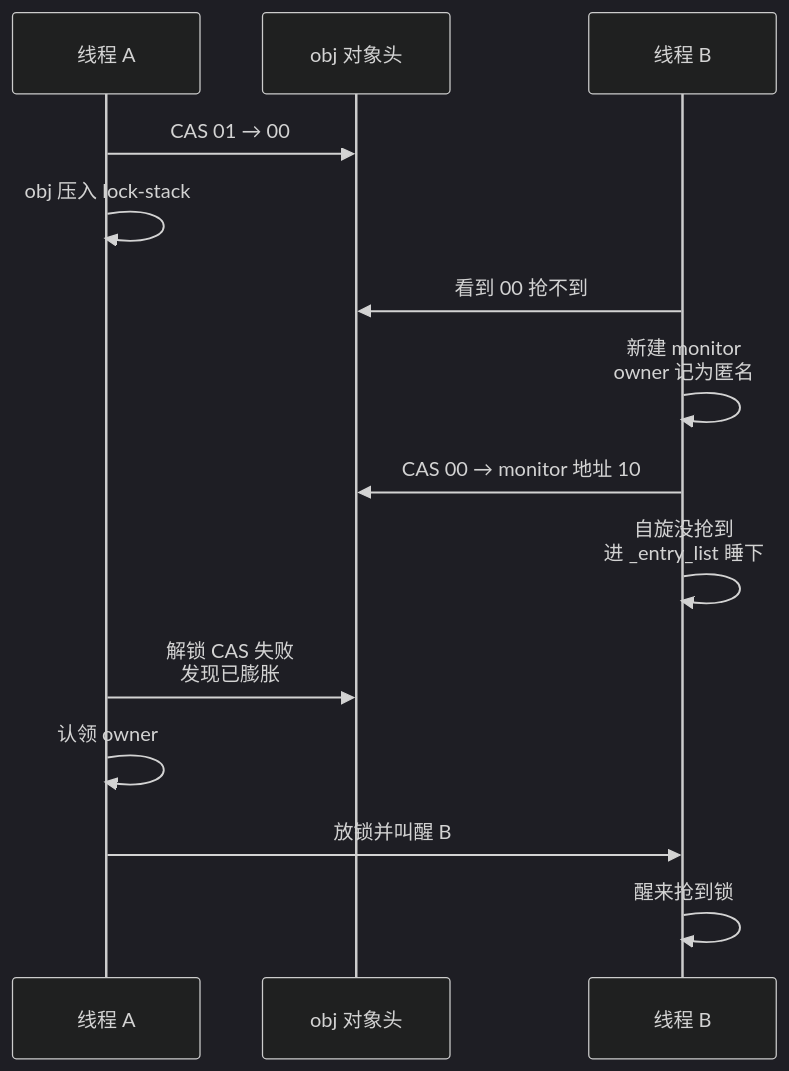
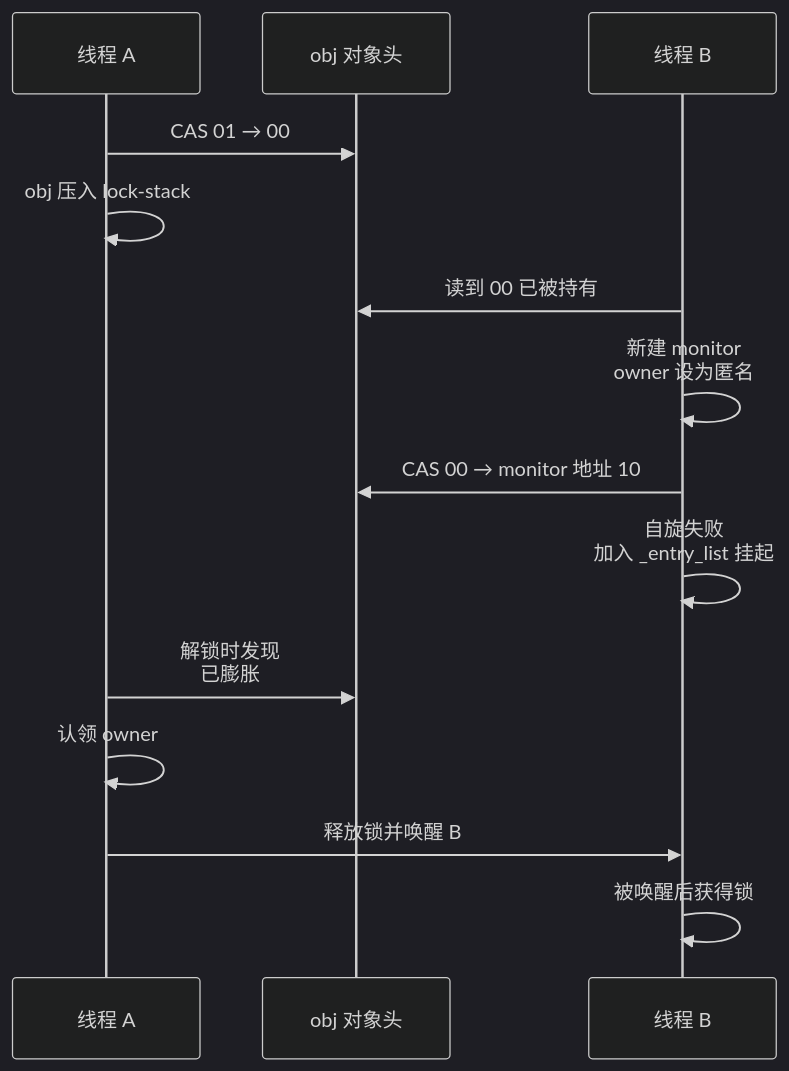
The second of 6 diagrams in docs/java/concurrency/synchronized-lock-upgrade.md (mamawai/mamawai.github.io), drawn with Mermaid (dark theme) before and after one commit. The commit also changed other lines of this file and 1 other file, not shown here.

````diff
--- a/docs/java/concurrency/synchronized-lock-upgrade.md
+++ b/docs/java/concurrency/synchronized-lock-upgrade.md
@@ -125,16 +136,16 @@
 ```mermaid
 sequenceDiagram
   participant A as 线程 A
   participant O as obj 对象头
   participant B as 线程 B
   A->>O: CAS 01 → 00
   A->>A: obj 压入 lock-stack
-  B->>O: 看到 00 抢不到
-  B->>B: 新建 monitor<br>owner 记为匿名
+  B->>O: 读到 00 已被持有
+  B->>B: 新建 monitor<br>owner 设为匿名
   B->>O: CAS 00 → monitor 地址 10
-  B->>B: 自旋没抢到<br>进 _entry_list 睡下
-  A->>O: 解锁 CAS 失败<br>发现已膨胀
+  B->>B: 自旋失败<br>加入 _entry_list 挂起
+  A->>O: 解锁时发现<br>已膨胀
   A->>A: 认领 owner
-  A->>B: 放锁并叫醒 B
-  B->>B: 醒来抢到锁
+  A->>B: 释放锁并唤醒 B
+  B->>B: 被唤醒后获得锁
 ```
````
